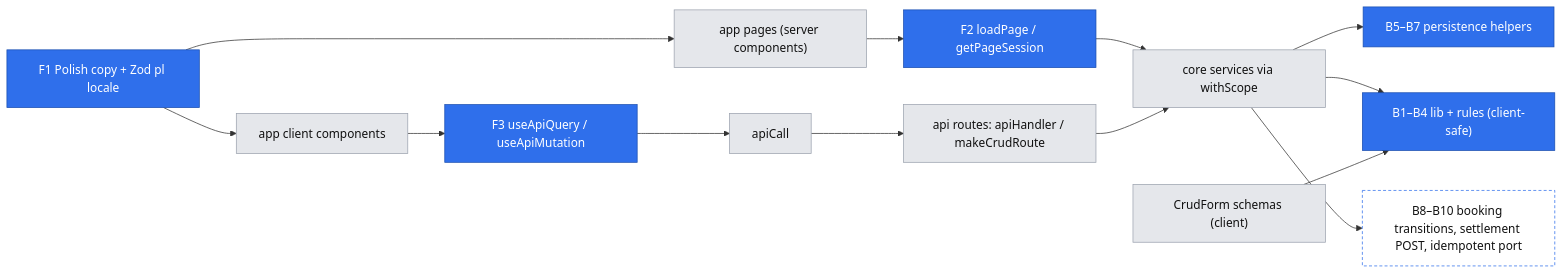
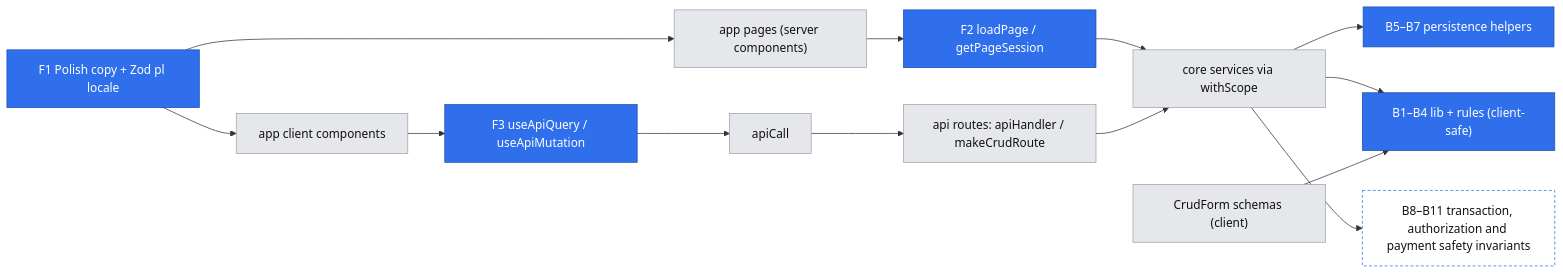
Before and after one commit to warnaa/aitl-mentio: the diagram in .ai/specs/2026-10-29-platform-primitives.md, drawn with Mermaid. The commit also changed other lines of this file and 3 other files, not shown here.

````diff
--- a/.ai/specs/2026-10-29-platform-primitives.md
+++ b/.ai/specs/2026-10-29-platform-primitives.md
@@ -87,17 +88,17 @@
 ```mermaid
 flowchart LR
     classDef existing fill:#e5e7eb,color:#111,stroke:#9ca3af
     classDef newp fill:#2f6feb,color:#fff,stroke:#1b4fb0
     classDef planned fill:#fff,color:#111,stroke:#2f6feb,stroke-dasharray: 4 3
 
     n1["app pages (server components)"]:::existing --> n2["F2 loadPage / getPageSession"]:::newp
     n2 --> n3["core services via withScope"]:::existing
     n4["app client components"]:::existing --> n5["F3 useApiQuery / useApiMutation"]:::newp
     n5 --> n6["apiCall"]:::existing --> n7["api routes: apiHandler / makeCrudRoute"]:::existing --> n3
     n3 --> n8["B5–B7 persistence helpers"]:::newp
     n3 --> n9["B1–B4 lib + rules (client-safe)"]:::newp
     n10["CrudForm schemas (client)"]:::existing --> n9
-    n3 --> n11["B8–B10 booking transitions, settlement POST, idempotent port"]:::planned
+    n3 --> n11["B8–B11 transaction, authorization and payment safety invariants"]:::planned
     n12["F1 Polish copy + Zod pl locale"]:::newp --> n1
     n12 --> n4
 ```
````
